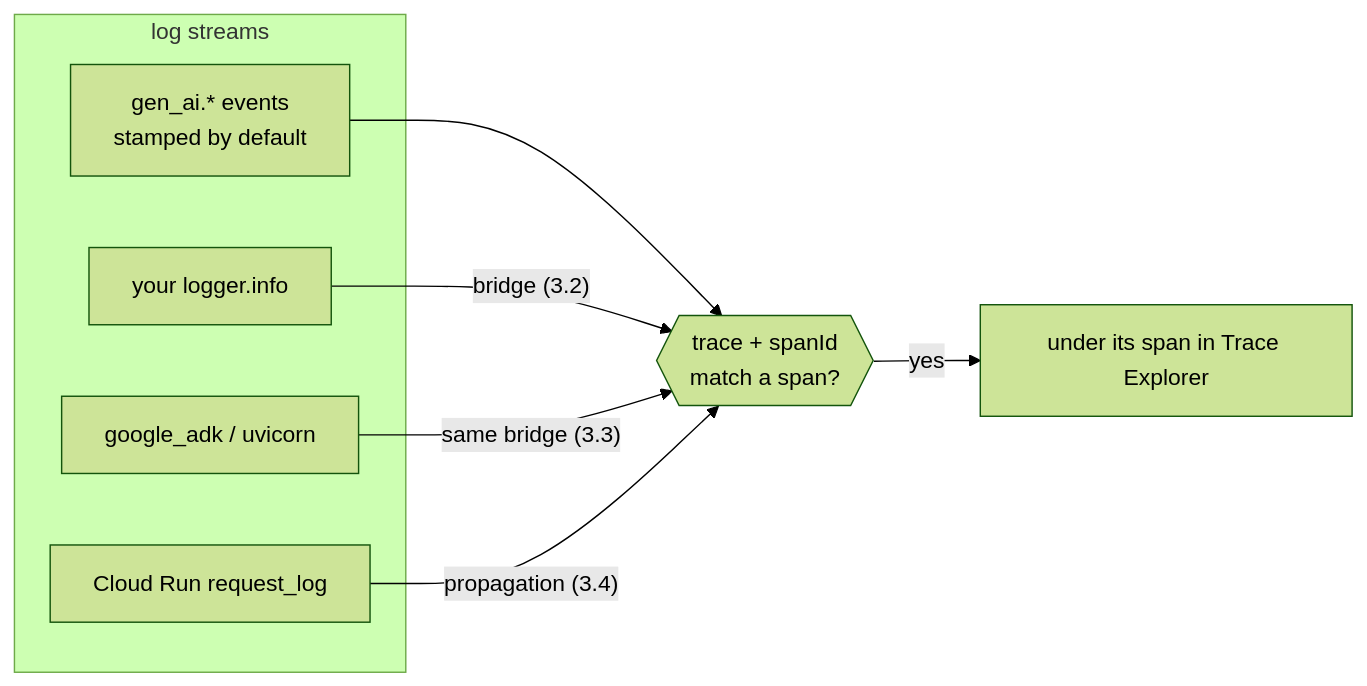
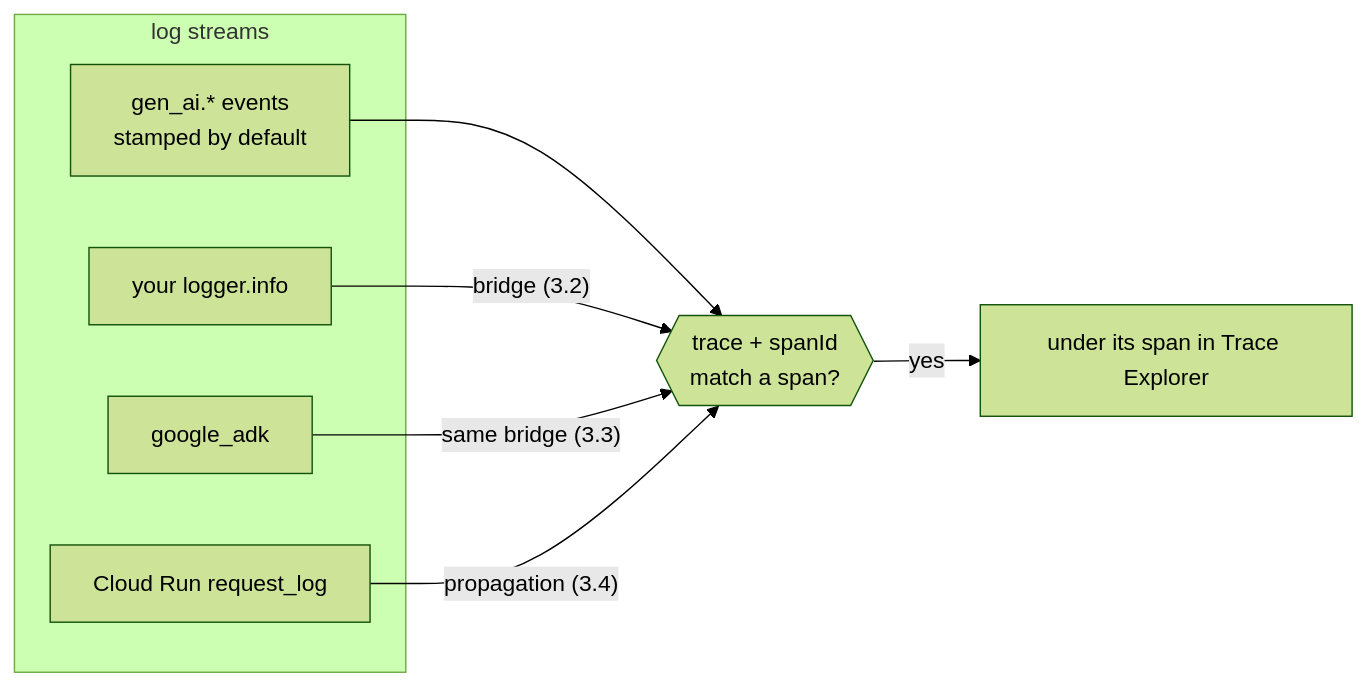
Before and after one commit to roitraining/gcp-demos: the diagram in ai/adk/tracing/tutorial/part-3/index.md, drawn with Mermaid (forest theme). The commit also changed other lines of this file and 8 other files, not shown here.

````diff
--- a/ai/adk/tracing/tutorial/part-3/index.md
+++ b/ai/adk/tracing/tutorial/part-3/index.md
@@ -22,14 +22,14 @@
 ```mermaid
 flowchart LR
   subgraph streams["log streams"]
     a["gen_ai.* events<br/>stamped by default"]
     b["your logger.info"]
-    c["google_adk / uvicorn"]
+    c["google_adk"]
     d["Cloud Run request_log"]
   end
   a --> J{{"trace + spanId<br/>match a span?"}}
   b -->|"bridge (3.2)"| J
   c -->|"same bridge (3.3)"| J
   d -->|"propagation (3.4)"| J
   J -->|yes| span["under its span in Trace Explorer"]
 ```
````
